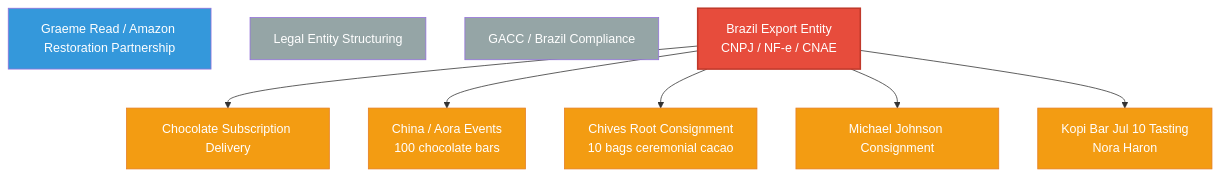
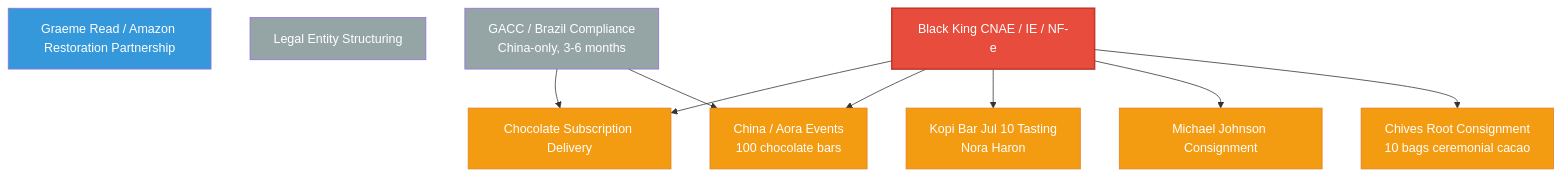
The diagram in TRACK_MAP.md (TrueSightDAO/agentic_ai_context), drawn with Mermaid before and after one commit. The commit also changed other lines of this file, not shown here.

Commit message:
Fix: Black King CNPJ just needs CNAE change, not a new entity

````diff
--- a/TRACK_MAP.md
+++ b/TRACK_MAP.md
@@ -9,21 +9,24 @@
 ```mermaid
 flowchart TD
     G[Graeme Read / Amazon Restoration Partnership]:::new
     T5[Legal Entity Structuring]:::offline
-    T6[GACC / Brazil Compliance]:::offline
-    T7[Brazil Export Entity<br/>CNPJ / NF-e / CNAE]:::gate --> T8
-    T7 --> T9
+    T6[GACC / Brazil Compliance<br/>China-only, 3-6 months]:::offline
+    T7[Black King CNAE / IE / NF-e]:::gate
     T7 --> T10
     T7 --> T11
     T7 --> T12
-    T8[Chocolate Subscription Delivery]:::blocked
-    T9[China / Aora Events<br/>100 chocolate bars]:::blocked
+    T7 --> T8
+    T7 --> T9
+    T6 --> T8
+    T6 --> T9
+    T8[China / Aora Events<br/>100 chocolate bars]:::blocked
+    T9[Chocolate Subscription Delivery]:::blocked
     T10[Chives Root Consignment<br/>10 bags ceremonial cacao]:::blocked
     T11[Michael Johnson Consignment]:::blocked
     T12[Kopi Bar Jul 10 Tasting<br/>Nora Haron]:::blocked
 
     classDef gate fill:#e74c3c,color:#fff,stroke:#c0392b,stroke-width:2px
     classDef blocked fill:#f39c12,color:#fff,stroke:#e67e22
     classDef offline fill:#95a5a6,color:#fff
     classDef new fill:#3498db,color:#fff
 ```
````
